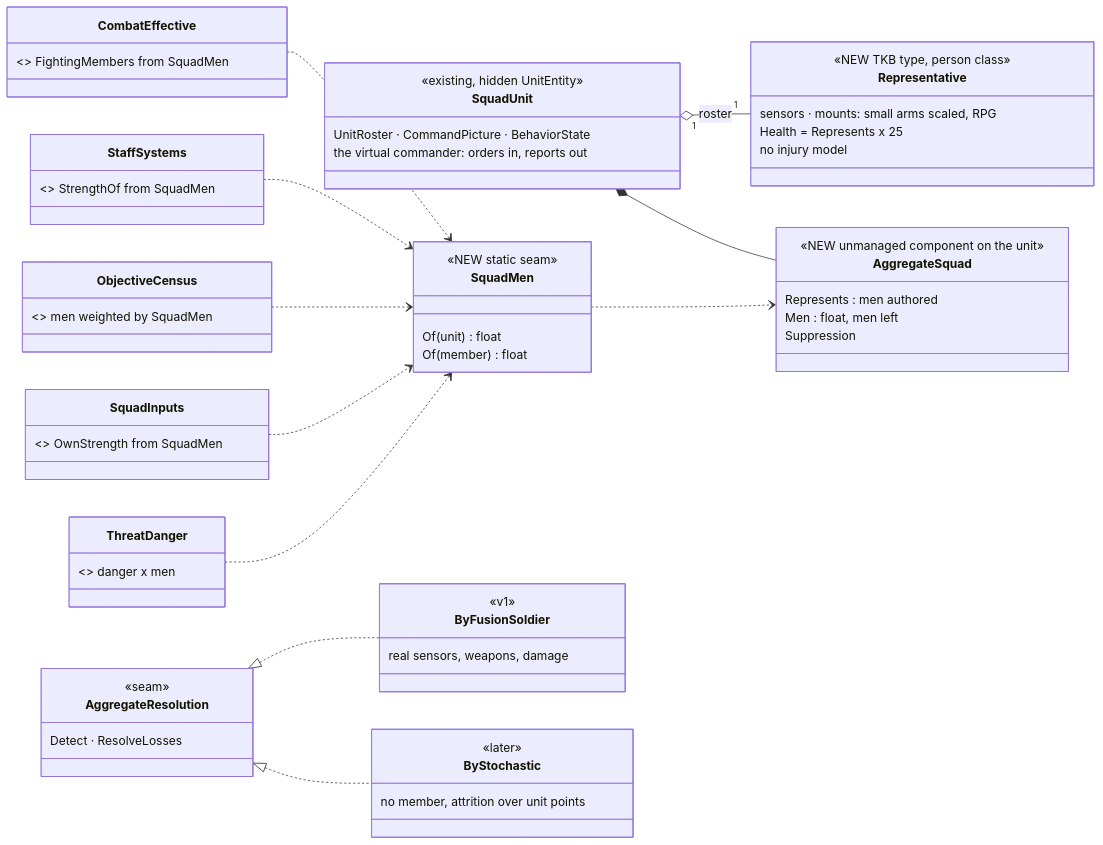
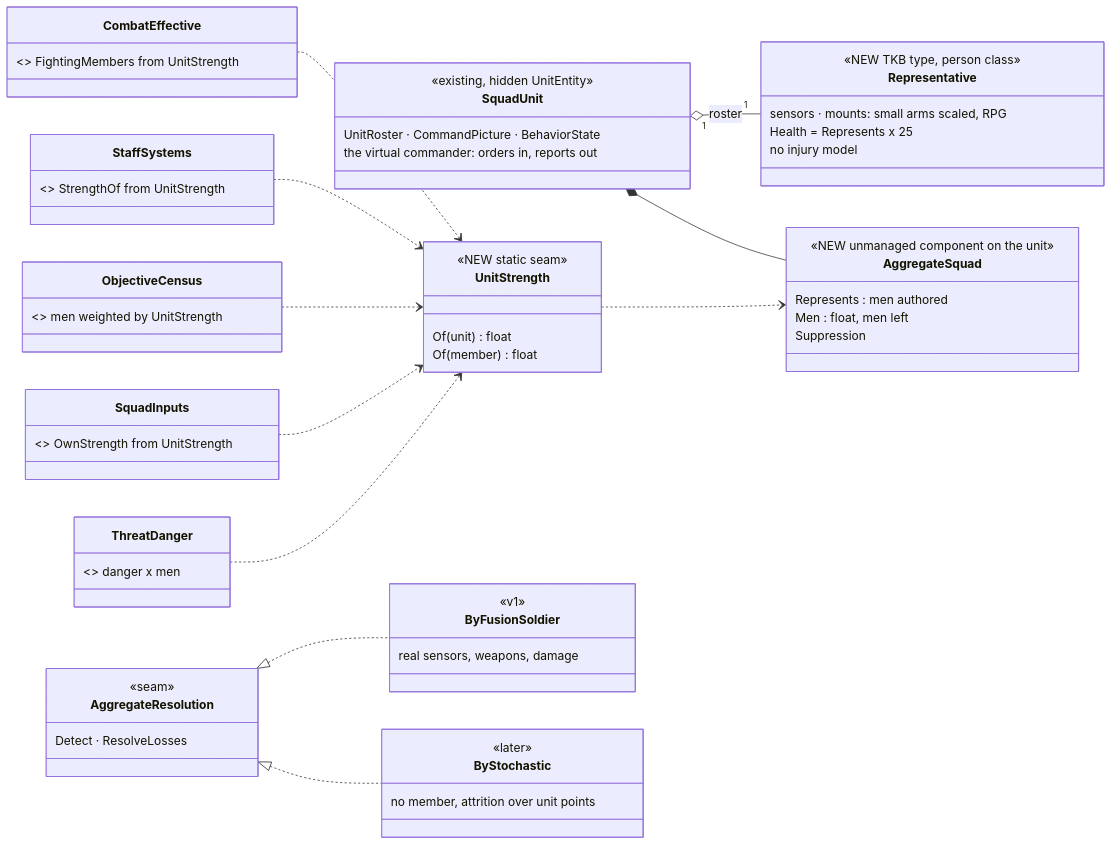
Before and after one commit to pjanec/HROT: the first of 5 diagrams in docs/designs/aggregate-units/DESIGN_Aggregate_Squad.md, drawn with Mermaid. The commit also changed other lines of this file and 2 other files, not shown here.

First line of the commit message:
docs(CE-4611): R-D1…R-D13 approved (R-4251); the seam is UnitStrength; A-1 by typed CurrentOrder

````diff
--- a/docs/designs/aggregate-units/DESIGN_Aggregate_Squad.md
+++ b/docs/designs/aggregate-units/DESIGN_Aggregate_Squad.md
@@ -57,53 +57,53 @@
 ```mermaid
 classDiagram
   direction LR
   class SquadUnit {
     <<existing, hidden UnitEntity>>
     UnitRoster · CommandPicture · BehaviorState
     the virtual commander: orders in, reports out
   }
   class AggregateSquad {
     <<NEW unmanaged component on the unit>>
     Represents : men authored
     Men : float, men left
     Suppression
   }
   class Representative {
     <<NEW TKB type, person class>>
     sensors · mounts: small arms scaled, RPG
     Health = Represents x 25
     no injury model
   }
-  class SquadMen {
+  class UnitStrength {
     <<NEW static seam>>
     Of(unit) float
     Of(member) float
   }
   class AggregateResolution {
     <<seam>>
     Detect · ResolveLosses
   }
   class ByFusionSoldier {
     <<v1>>
     real sensors, weapons, damage
   }
   class ByStochastic {
     <<later>>
     no member, attrition over unit points
   }
-  class CombatEffective { <<existing, EXTENDED>> FightingMembers from SquadMen }
-  class StaffSystems { <<existing, EXTENDED>> StrengthOf from SquadMen }
-  class ObjectiveCensus { <<existing, EXTENDED>> men weighted by SquadMen }
-  class SquadInputs { <<existing, EXTENDED>> OwnStrength from SquadMen }
+  class CombatEffective { <<existing, EXTENDED>> FightingMembers from UnitStrength }
+  class StaffSystems { <<existing, EXTENDED>> StrengthOf from UnitStrength }
+  class ObjectiveCensus { <<existing, EXTENDED>> men weighted by UnitStrength }
+  class SquadInputs { <<existing, EXTENDED>> OwnStrength from UnitStrength }
   class ThreatDanger { <<existing, EXTENDED>> danger x men }
   SquadUnit "1" o-- "1" Representative : roster
   SquadUnit *-- AggregateSquad
   AggregateResolution <|.. ByFusionSoldier
   AggregateResolution <|.. ByStochastic
-  SquadMen ..> AggregateSquad
-  CombatEffective ..> SquadMen
-  StaffSystems ..> SquadMen
-  ObjectiveCensus ..> SquadMen
-  SquadInputs ..> SquadMen
-  ThreatDanger ..> SquadMen
+  UnitStrength ..> AggregateSquad
+  CombatEffective ..> UnitStrength
+  StaffSystems ..> UnitStrength
+  ObjectiveCensus ..> UnitStrength
+  SquadInputs ..> UnitStrength
+  ThreatDanger ..> UnitStrength
 ```
````
